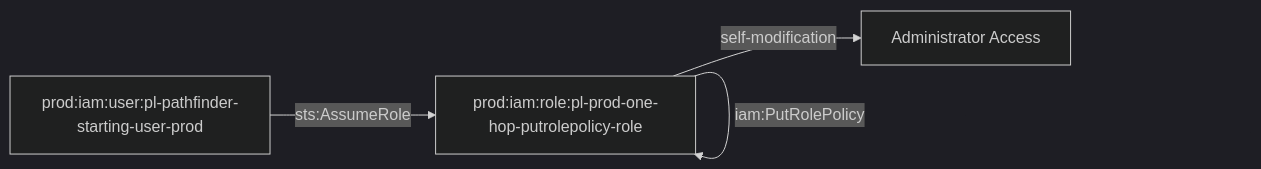
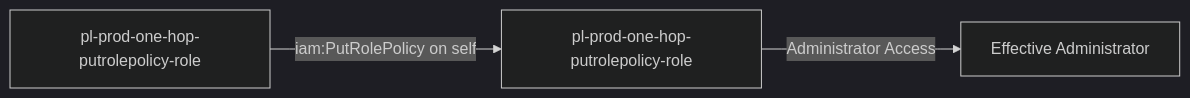
One commit to DataDog/pathfinding-labs changed the diagram in modules/scenarios/prod/one-hop/to-admin/iam-putrolepolicy/README.md. Above: the diagram before and after it, drawn with Mermaid (dark theme). The commit also changed other lines of this file and 149 other files, not shown here.

````diff
--- a/modules/scenarios/prod/one-hop/to-admin/iam-putrolepolicy/README.md
+++ b/modules/scenarios/prod/one-hop/to-admin/iam-putrolepolicy/README.md
@@ -13,6 +20,5 @@
 ```mermaid
 graph LR
-    A[prod:iam:user:pl-pathfinder-starting-user-prod] -->|sts:AssumeRole| B[prod:iam:role:pl-prod-one-hop-putrolepolicy-role]
-    B -->|iam:PutRolePolicy| B
-    B -->|self-modification| C[Administrator Access]
+    A[pl-prod-one-hop-putrolepolicy-role] -->|iam:PutRolePolicy on self| B[pl-prod-one-hop-putrolepolicy-role]
+    B -->|Administrator Access| C[Effective Administrator]
 ```
````
